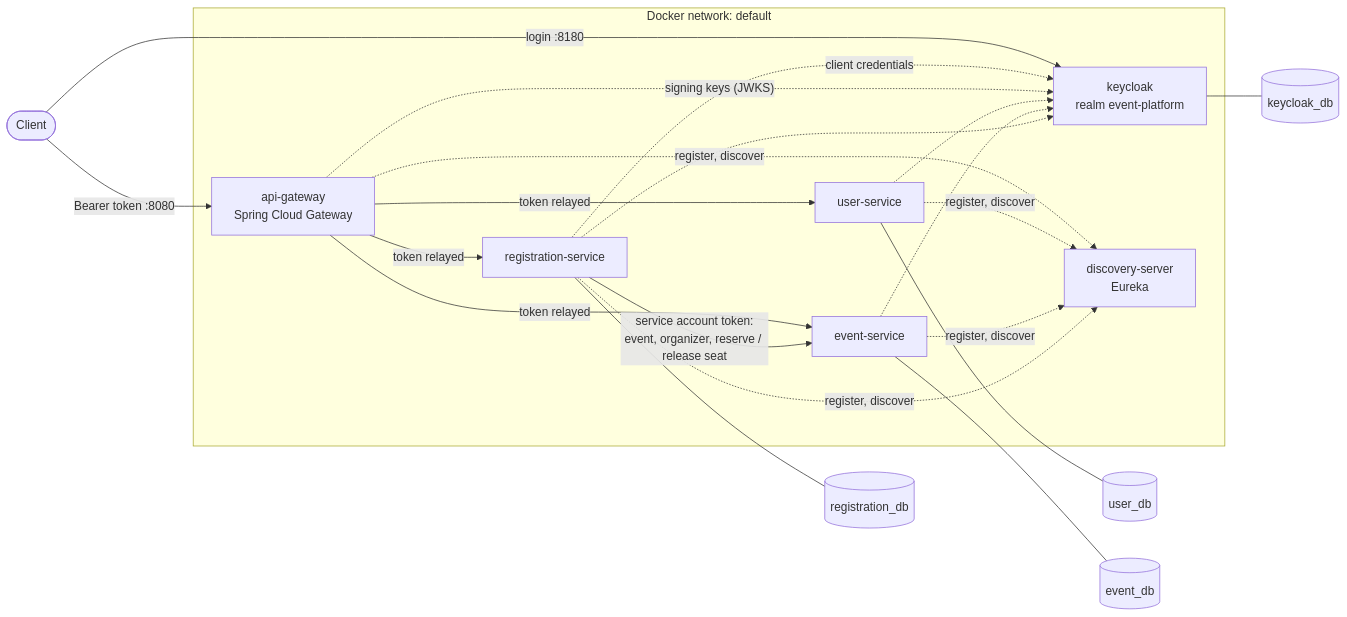
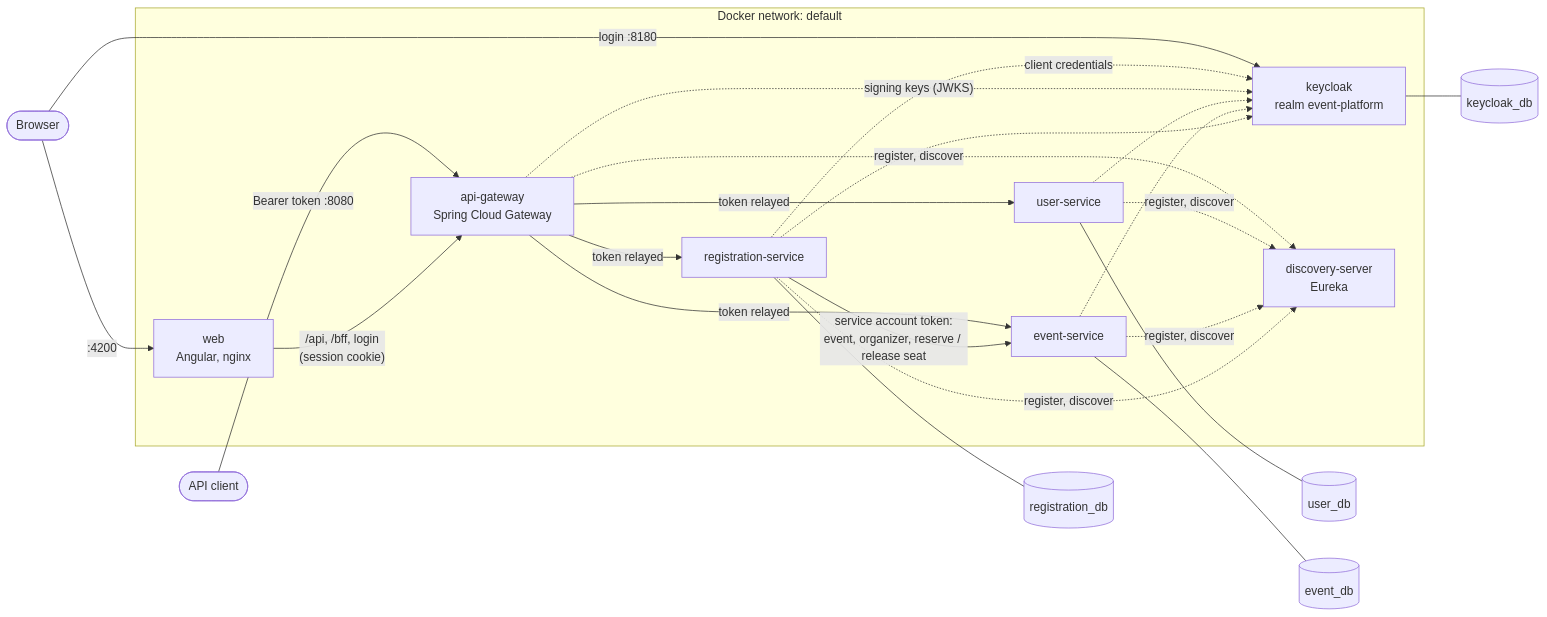
Before and after one commit to kardiguemagassa/event-management-platform: the diagram in README.md, drawn with Mermaid. The commit also changed other lines of this file and 114 other files, not shown here.

````diff
--- a/README.md
+++ b/README.md
@@ -27,27 +28,30 @@
 ```mermaid
 flowchart LR
-    client([Client]) -->|"login :8180"| keycloak
-    client -->|"Bearer token :8080"| gateway
+    browser([Browser]) -->|":4200"| web
+    browser -->|"login :8180"| keycloak
+    client([API client]) -->|"Bearer token :8080"| gateway
 
     subgraph platform ["Docker network: default"]
+        web["web<br/>Angular, nginx"]
         keycloak["keycloak<br/>realm event-platform"]
         gateway["api-gateway<br/>Spring Cloud Gateway"]
         eureka["discovery-server<br/>Eureka"]
         users[user-service]
         events[event-service]
         registrations[registration-service]
     end
 
+    web -->|"/api, /bff, login<br/>(session cookie)"| gateway
     gateway -->|"token relayed"| users & events & registrations
     registrations -->|"service account token:<br/>event, organizer, reserve / release seat"| events
     registrations -.->|"client credentials"| keycloak
     gateway -.->|"signing keys (JWKS)"| keycloak
     users & events & registrations -.-> keycloak
 
     keycloak --- keycloakdb[(keycloak_db)]
     users --- userdb[(user_db)]
     events --- eventdb[(event_db)]
     registrations --- registrationdb[(registration_db)]
 
     gateway & users & events & registrations -.->|"register, discover"| eureka
 ```
````
